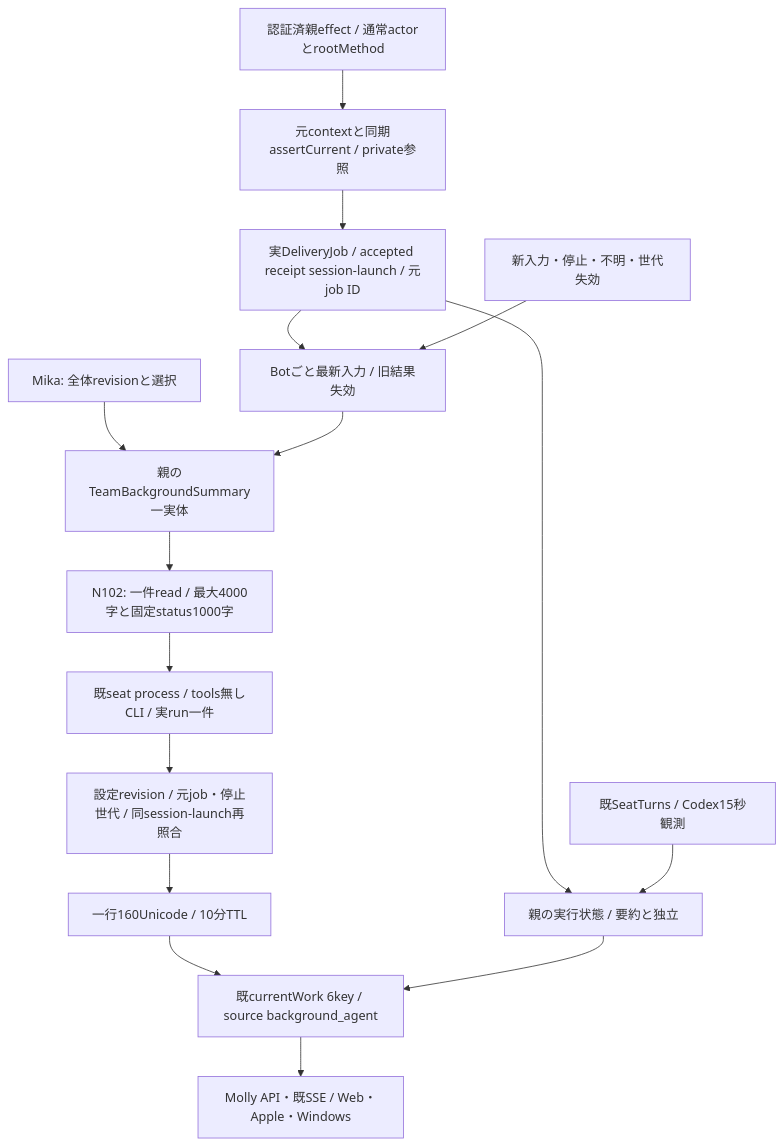
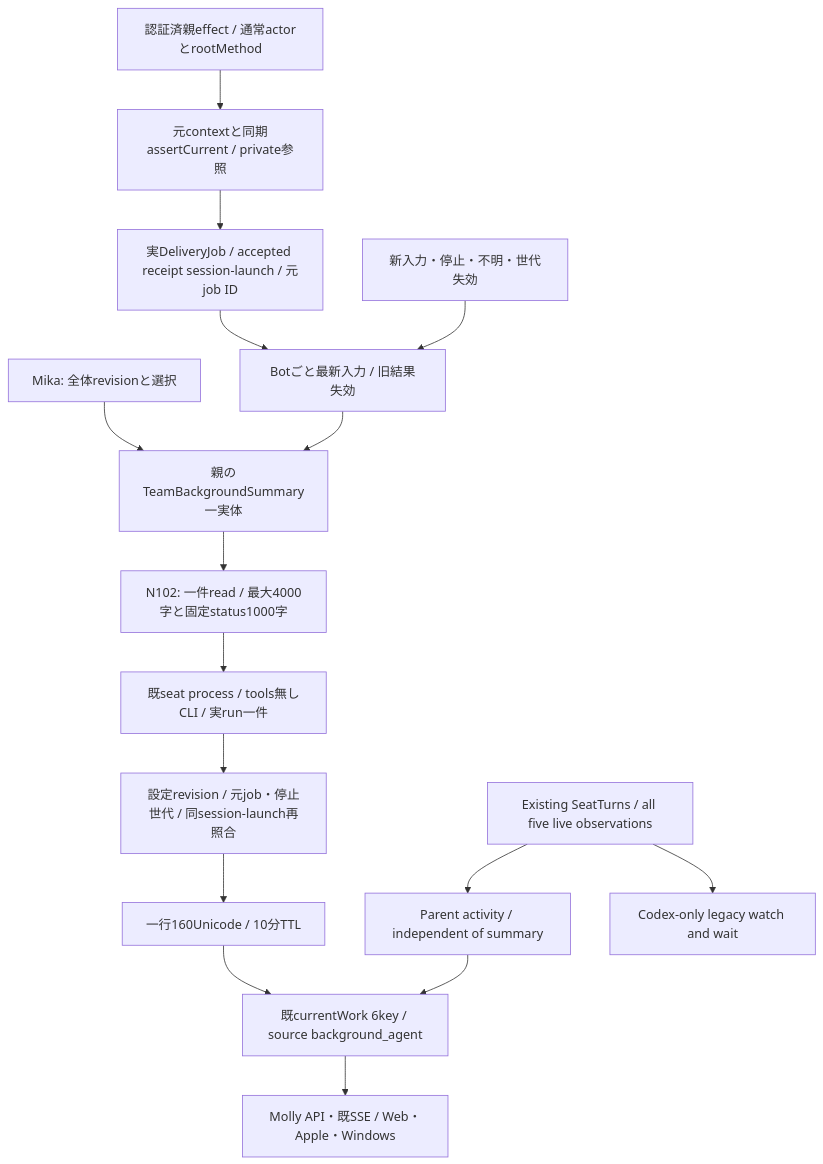
The diagram in docs/architecture/modules/execution/current-work.md (kitepon/BellTeam), drawn with Mermaid before and after one commit. The commit also changed other lines of this file and 3 other files, not shown here.

Commit message:
Accept managed activity observations across all five harnesses

````diff
--- a/docs/architecture/modules/execution/current-work.md
+++ b/docs/architecture/modules/execution/current-work.md
@@ -5,18 +5,18 @@
 ```mermaid
 flowchart TD
   Settings[Mika: 全体revisionと選択] --> Worker[親のTeamBackgroundSummary一実体]
   Effect[認証済親effect / 通常actorとrootMethod] --> Authority[元contextと同期assertCurrent / private参照]
   Authority --> Job[実DeliveryJob / accepted receipt session-launch / 元job ID]
   Job --> Latest[Botごと最新入力 / 旧結果失効]
   Latest --> Worker
   Worker --> Reader[N102: 一件read / 最大4000字と固定status1000字]
   Reader --> Runner[既seat process / tools無しCLI / 実run一件]
   Runner --> Check[設定revision / 元job・停止世代 / 同session-launch再照合]
   Check --> Memory[一行160Unicode / 10分TTL]
-  Job --> State[親の実行状態 / 要約と独立]
-  Native[既SeatTurns / Codex15秒観測] --> State
+  Native[Existing SeatTurns / all five live observations] --> State[Parent activity / independent of summary]
+  Native --> Legacy[Codex-only legacy watch and wait]
   Memory --> DTO[既currentWork 6key / source background_agent]
   State --> DTO
   DTO --> Public[Molly API・既SSE / Web・Apple・Windows]
   End[新入力・停止・不明・世代失効] --> Latest
 ```
````
